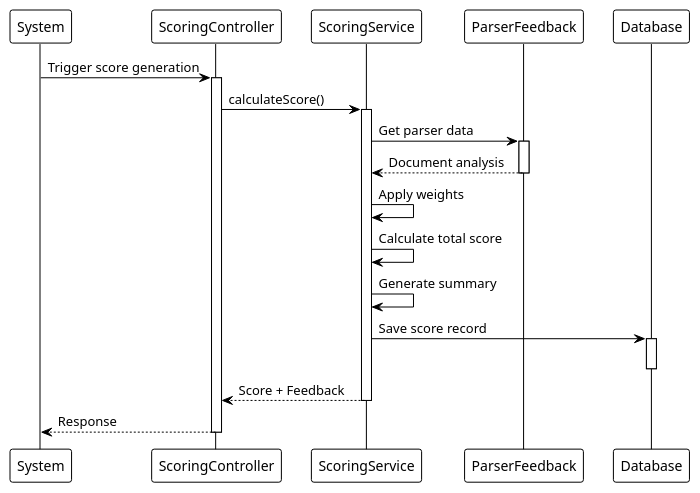
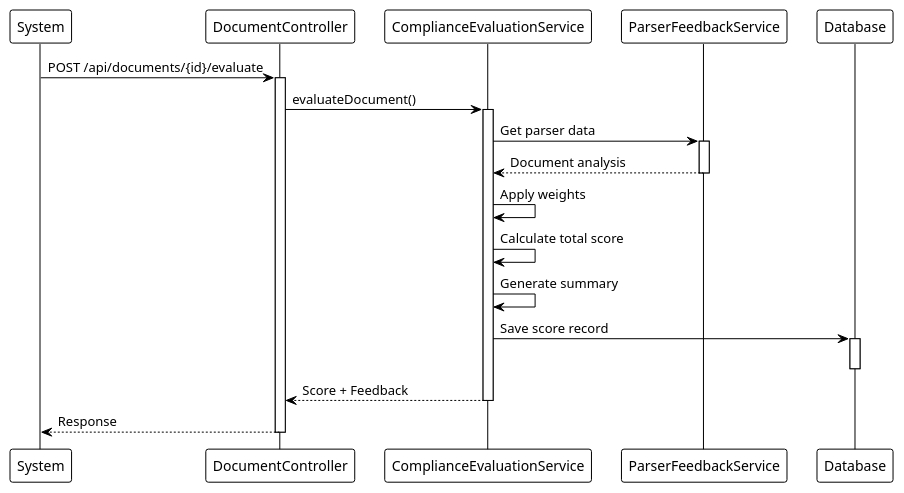
The second of 8 diagrams in Capstone Files/Module4.md (lawas-tess/SPMP-Evaluator), drawn with PlantUML before and after one commit. The commit also changed other lines of this file and 8 other files, not shown here.

Commit message:
Add AI integration architecture docs, PlantUML diagrams, and presentation script; Update modules with hybrid AI approach; Switch to Amazon Nova model with timeout protection

````diff
--- a/Capstone Files/Module4.md
+++ b/Capstone Files/Module4.md
@@ -419,29 +430,29 @@
 ```plantuml
 @startuml ScoreGeneration_Sequence
 !theme plain
 participant "System" as System
-participant "ScoringController" as Ctrl
-participant "ScoringService" as Service
-participant "ParserFeedback" as Parser
+participant "DocumentController" as Ctrl
+participant "ComplianceEvaluationService" as Service
+participant "ParserFeedbackService" as Parser
 participant "Database" as DB
 
-System -> Ctrl: Trigger score generation
+System -> Ctrl: POST /api/documents/{id}/evaluate
 activate Ctrl
-Ctrl -> Service: calculateScore()
+Ctrl -> Service: evaluateDocument()
 activate Service
 Service -> Parser: Get parser data
 activate Parser
 Parser --> Service: Document analysis
 deactivate Parser
 Service -> Service: Apply weights
 Service -> Service: Calculate total score
 Service -> Service: Generate summary
 Service -> DB: Save score record
 activate DB
 deactivate DB
 Service --> Ctrl: Score + Feedback
 deactivate Service
 Ctrl --> System: Response
 deactivate Ctrl
 @enduml
 ```
````
